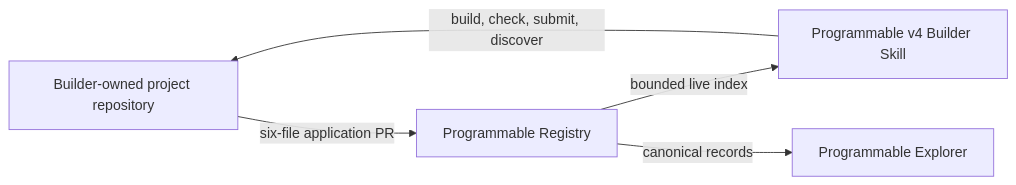
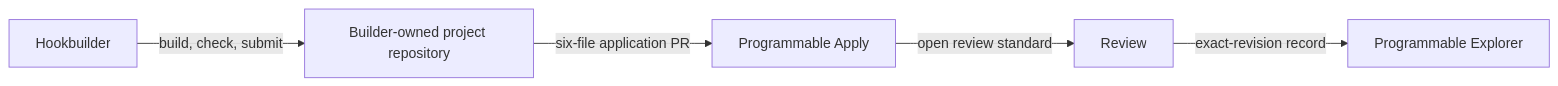
Before and after one commit to 0xprogrammable/apply: the diagram in README.md, drawn with Mermaid. The commit also changed other lines of this file and 26 other files, not shown here.

Commit message:
Publish Programmable Open Review Standard v1 (#1)

````diff
--- a/README.md
+++ b/README.md
@@ -17,7 +17,7 @@
 ```mermaid
 flowchart LR
-  B["Builder-owned project repository"] -->|"six-file application PR"| R["Programmable Registry"]
-  S["Programmable v4 Builder Skill"] -->|"build, check, submit, discover"| B
-  R -->|"bounded live index"| S
-  R -->|"canonical records"| E["Programmable Explorer"]
+  B["Builder-owned project repository"] -->|"six-file application PR"| R["Programmable Apply"]
+  S["Hookbuilder"] -->|"build, check, submit"| B
+  R -->|"open review standard"| V["Review"]
+  V -->|"exact-revision record"| E["Programmable Explorer"]
 ```
````
